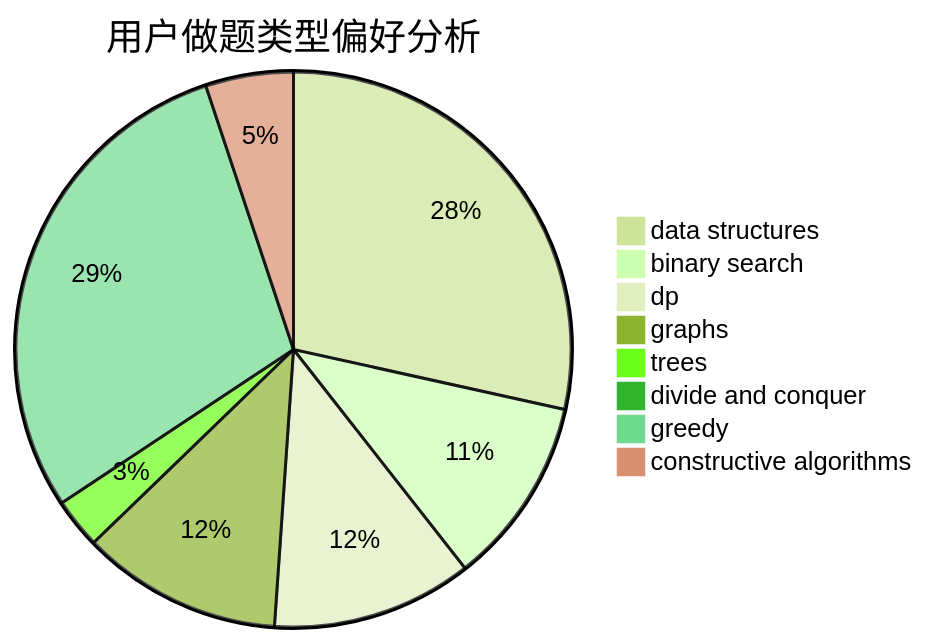
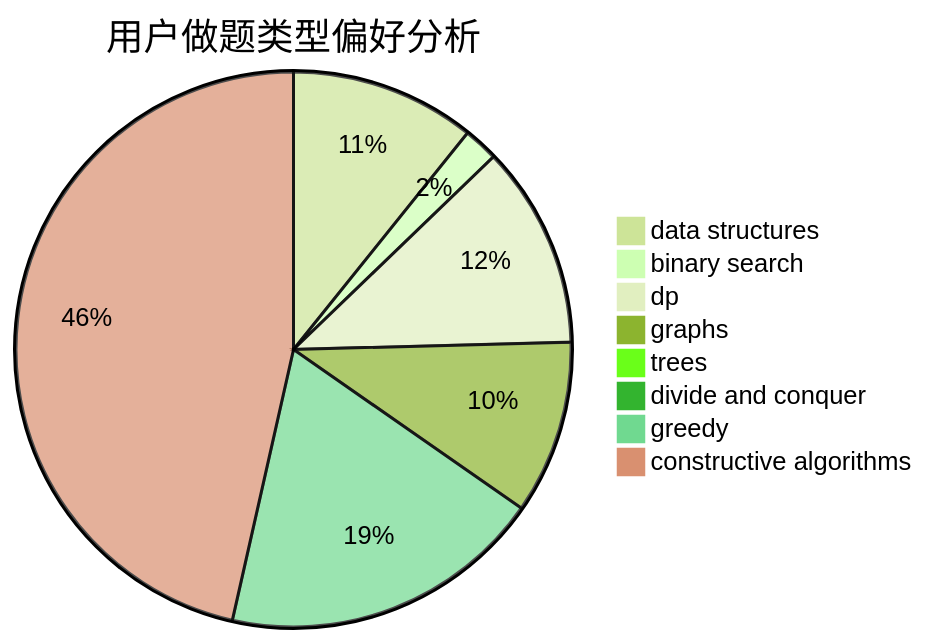
Before and after one commit to sherpahu/cfrs.github.io: the second of 3 diagrams in docs/user/u2137.md, drawn with Mermaid (forest theme). The commit also changed other lines of this file and 2770 other files, not shown here.

````diff
--- a/docs/user/u2137.md
+++ b/docs/user/u2137.md
@@ -23,11 +23,11 @@
 ```mermaid
 pie title 用户做题类型偏好分析
-    "data structures" :  39
-    "binary search" :  15
-    "dp" :  16
-    "graphs" :  16
-    "trees" :  4
+    "data structures" :  32
+    "binary search" :  6
+    "dp" :  35
+    "graphs" :  30
+    "trees" :  1
     "divide and conquer" :  0
-    "greedy" :  40
-    "constructive algorithms" :  7
+    "greedy" :  56
+    "constructive algorithms" :  138
 ```
````
